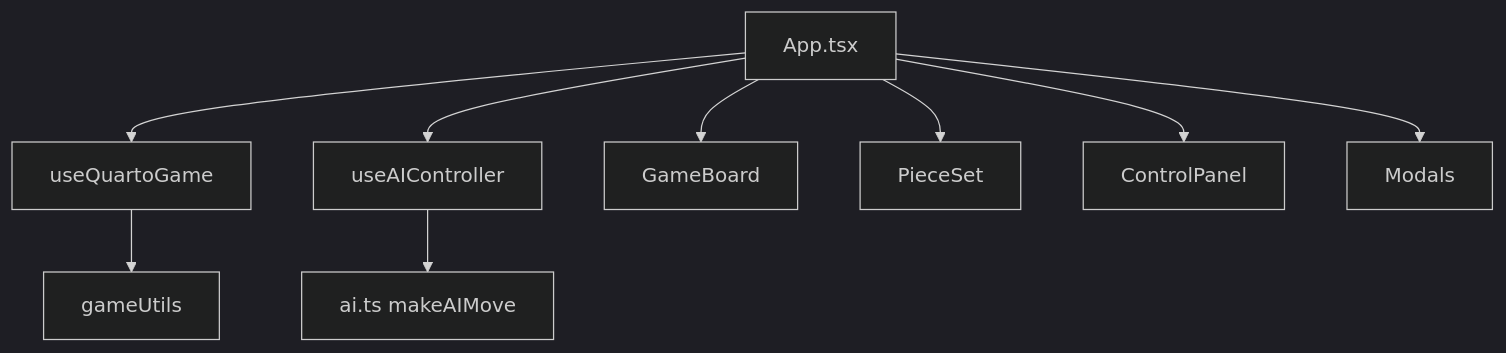
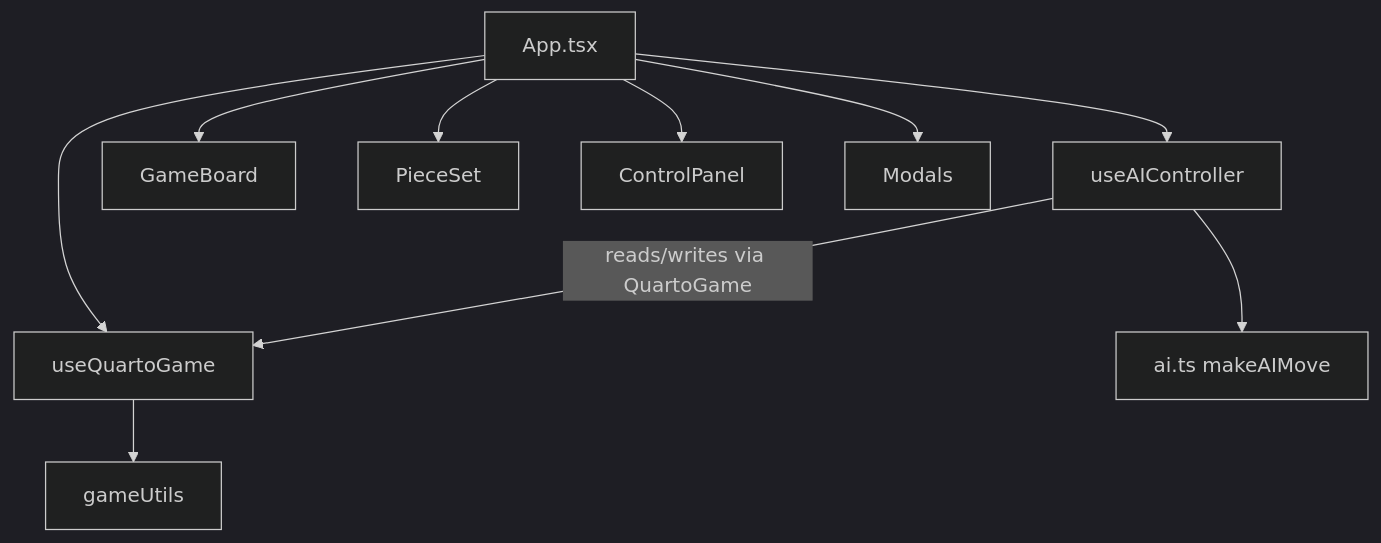
The second of 2 diagrams in refactor.md (dfotland/QuAIto), drawn with Mermaid (dark theme) before and after one commit. The commit also changed other lines of this file and 21 other files, not shown here.

````diff
--- a/refactor.md
+++ b/refactor.md
@@ -121,11 +219,12 @@
 ```mermaid
 flowchart TD
   App["App.tsx"] --> useQuartoGame
   App --> useAIController
+  useAIController -->|"reads/writes via QuartoGame"| useQuartoGame
   App --> GameBoard
   App --> PieceSet
   App --> ControlPanel
   App --> Modals
   useAIController --> ai["ai.ts makeAIMove"]
   useQuartoGame --> gameUtils
 ```
````
